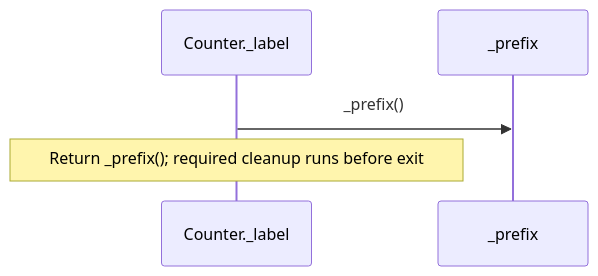
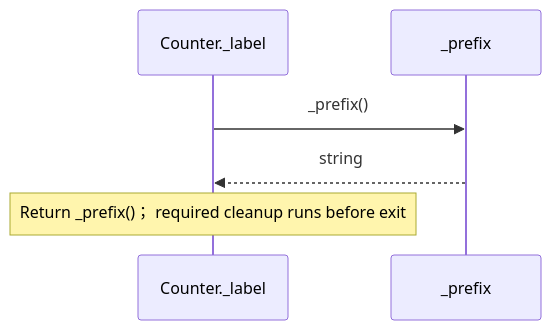
Before and after one commit to GreenPandaStudios/augscript: the third of 4 diagrams in docs/examples/visibility/counter-diagrams.md, drawn with Mermaid. The commit also changed other lines of this file and 524 other files, not shown here.

Commit message:
Explain checked data flow at folder and service levels

````diff
--- a/docs/examples/visibility/counter-diagrams.md
+++ b/docs/examples/visibility/counter-diagrams.md
@@ -77,7 +68,8 @@
 ```mermaid
 sequenceDiagram
     participant p0 as Counter._label
     participant p1 as _prefix
     p0->>p1: _prefix()
-    Note over p0: Return _prefix()#59; required cleanup runs before exit
+    p1-->>p0: string
+    Note over p0: Return _prefix()； required cleanup runs before exit
 ```
````
